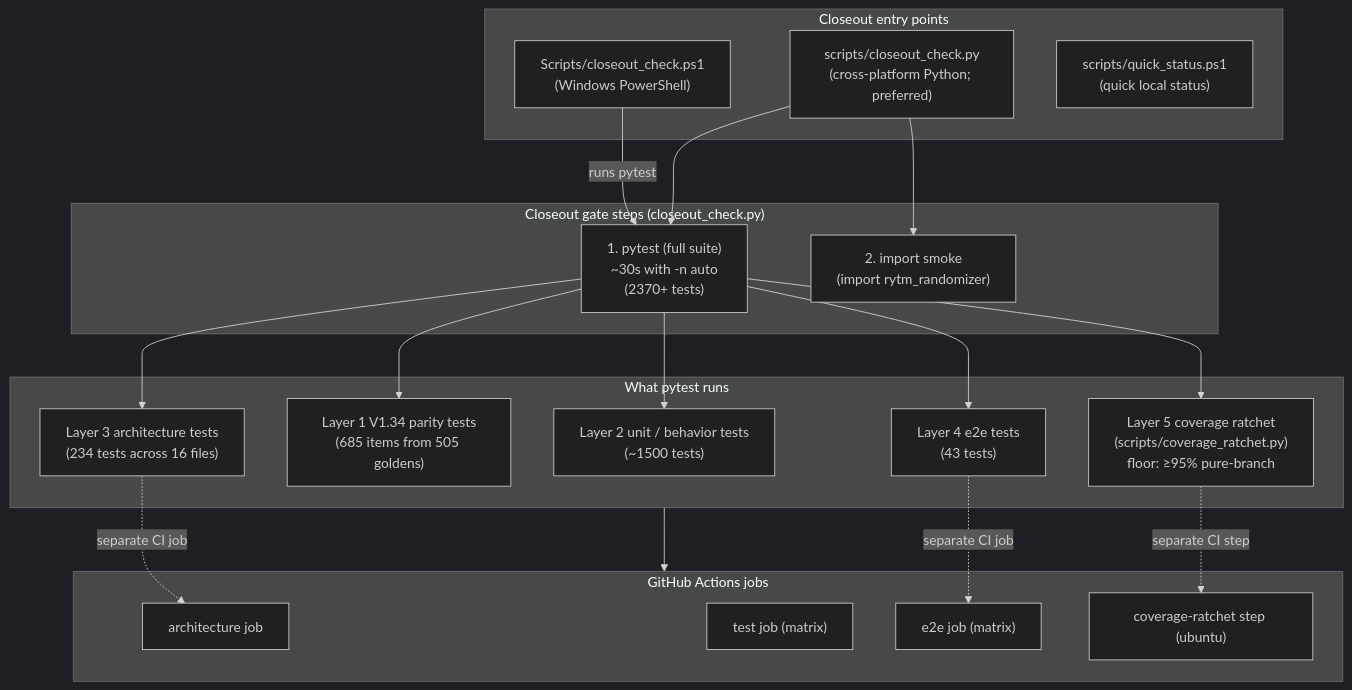
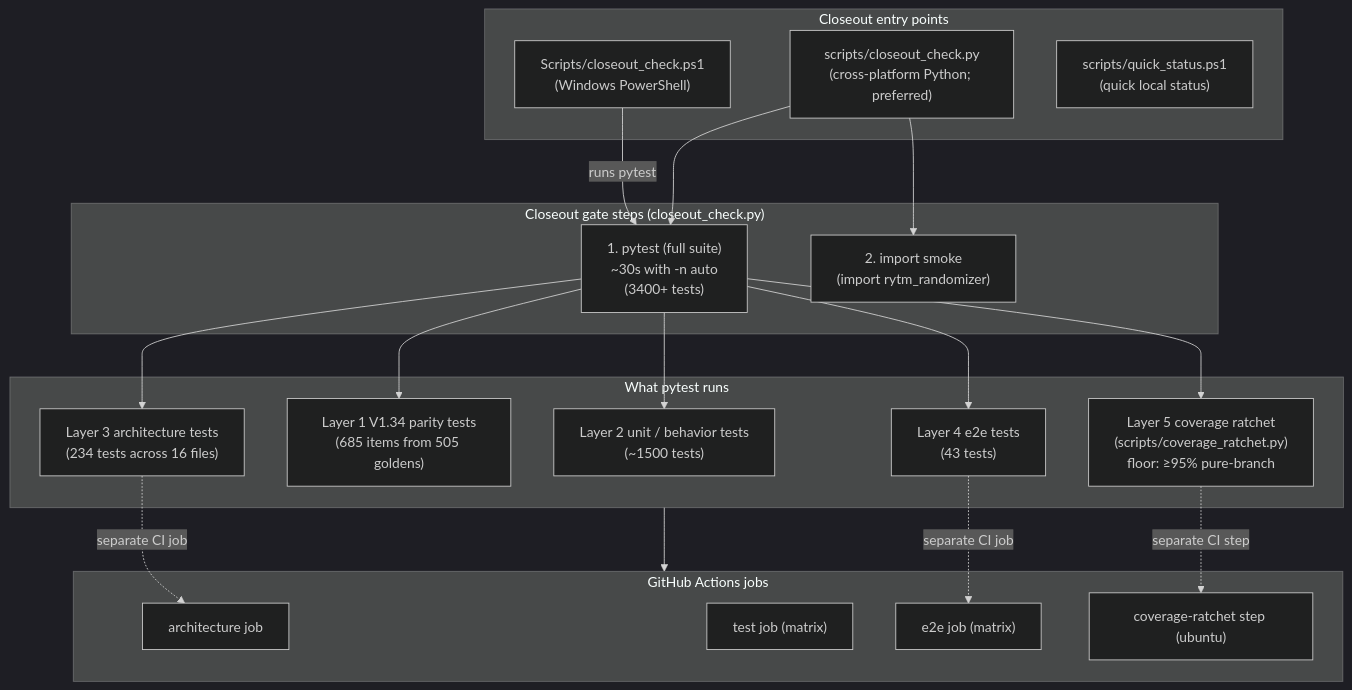
One commit to buzzijose-hub/RytmRandomizer changed diagram 24 of 26 in docs/ARCHITECTURE_DIAGRAMS.md. Above: the diagram before and after it, drawn with Mermaid (dark theme). The commit also changed other lines of this file and 47 other files, not shown here.

````diff
--- a/docs/ARCHITECTURE_DIAGRAMS.md
+++ b/docs/ARCHITECTURE_DIAGRAMS.md
@@ -1598,43 +1598,43 @@
 ```mermaid
 flowchart TB
     subgraph Entry["Closeout entry points"]
         CloseoutPS1["Scripts/closeout_check.ps1<br/>(Windows PowerShell)"]
         CloseoutPy["scripts/closeout_check.py<br/>(cross-platform Python; preferred)"]
         QuickStatus["scripts/quick_status.ps1<br/>(quick local status)"]
     end
 
     subgraph GateSteps["Closeout gate steps (closeout_check.py)"]
-        Step1["1. pytest (full suite)<br/>~30s with -n auto<br/>(2370+ tests)"]
+        Step1["1. pytest (full suite)<br/>~30s with -n auto<br/>(3400+ tests)"]
         Step2["2. import smoke<br/>(import rytm_randomizer)"]
     end
 
     subgraph PytestLayers["What pytest runs"]
         PassiveTests["Layer 2 unit / behavior tests<br/>(~1500 tests)"]
         ParityTests["Layer 1 V1.34 parity tests<br/>(685 items from 505 goldens)"]
         ArchTests["Layer 3 architecture tests<br/>(234 tests across 16 files)"]
         E2ETests["Layer 4 e2e tests<br/>(43 tests)"]
         CovStep["Layer 5 coverage ratchet<br/>(scripts/coverage_ratchet.py)<br/>floor: ≥95% pure-branch"]
     end
 
     subgraph CIJobs["GitHub Actions jobs"]
         CIArch["architecture job"]
         CITest["test job (matrix)"]
         CIE2E["e2e job (matrix)"]
         CIRatchet["coverage-ratchet step (ubuntu)"]
     end
 
     CloseoutPS1 -->|"runs pytest"| Step1
     CloseoutPy --> Step1
     CloseoutPy --> Step2
 
     Step1 --> PassiveTests
     Step1 --> ParityTests
     Step1 --> ArchTests
     Step1 --> E2ETests
     Step1 --> CovStep
 
     PytestLayers --> CIJobs
     ArchTests -.->|"separate CI job"| CIArch
     E2ETests -.->|"separate CI job"| CIE2E
     CovStep -.->|"separate CI step"| CIRatchet
 ```
````
